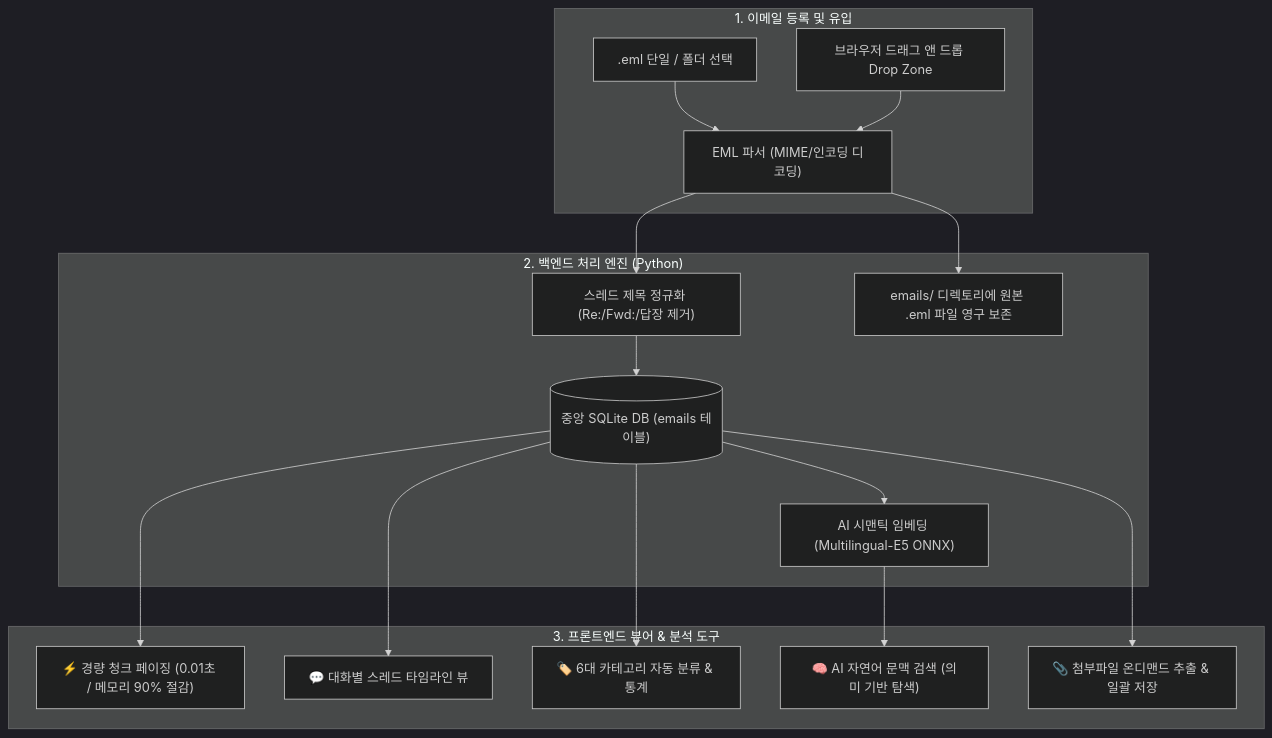
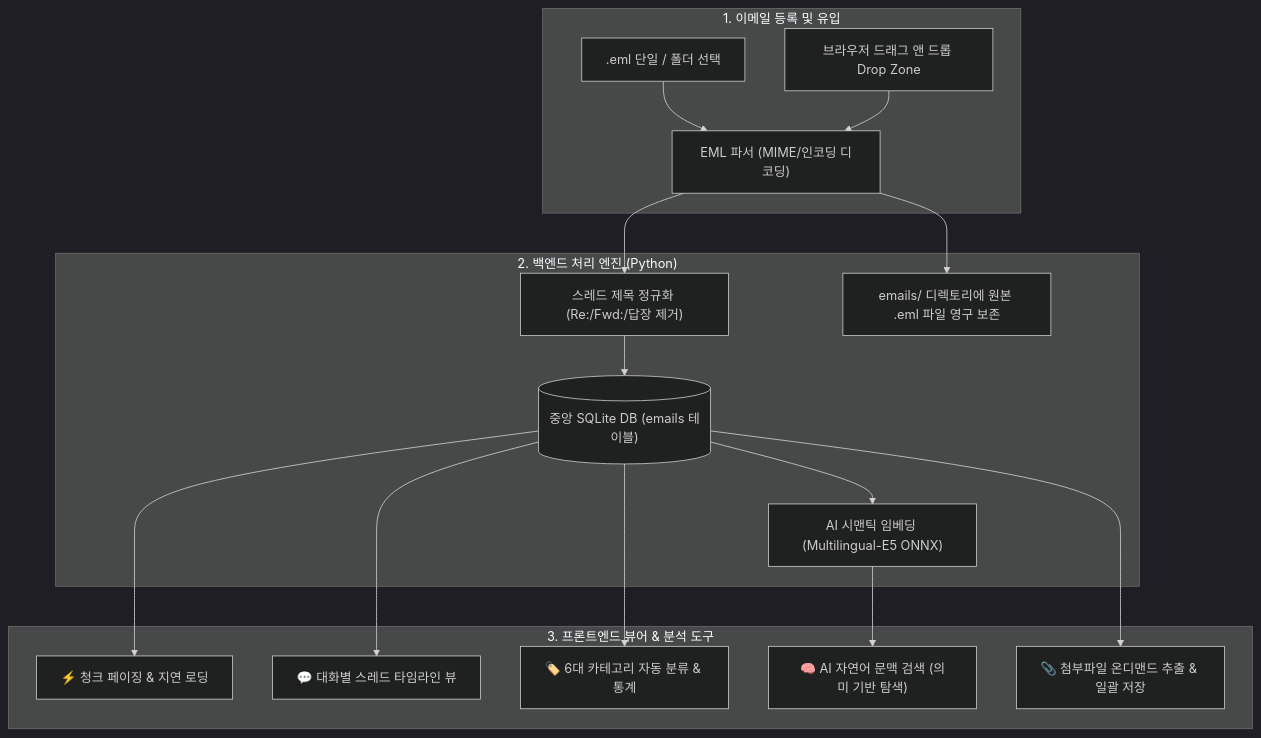
Before and after one commit to JudeRester/Util-Tools: the first of 2 diagrams in docs/EMAIL_ARCHIVE.md, drawn with Mermaid (dark theme). The commit also changed other lines of this file and 8 other files, not shown here.

````diff
--- a/docs/EMAIL_ARCHIVE.md
+++ b/docs/EMAIL_ARCHIVE.md
@@ -9,22 +9,22 @@
 ```mermaid
 flowchart TD
     subgraph Ingest ["1. 이메일 등록 및 유입"]
         A1[".eml 단일 / 폴더 선택"] --> B["EML 파서 (MIME/인코딩 디코딩)"]
         A2["브라우저 드래그 앤 드롭 Drop Zone"] --> B
     end
 
     subgraph CoreEngine ["2. 백엔드 처리 엔진 (Python)"]
         B --> C["스레드 제목 정규화 (Re:/Fwd:/답장 제거)"]
         C --> D[("중앙 SQLite DB (emails 테이블)")]
         D --> E["AI 시맨틱 임베딩 (Multilingual-E5 ONNX)"]
         B --> F["emails/ 디렉토리에 원본 .eml 파일 영구 보존"]
     end
 
     subgraph UIViewer ["3. 프론트엔드 뷰어 & 분석 도구"]
-        D --> G["⚡ 경량 청크 페이징 (0.01초 / 메모리 90% 절감)"]
+        D --> G["⚡ 청크 페이징 & 지연 로딩"]
         D --> H["💬 대화별 스레드 타임라인 뷰"]
         D --> I["🏷️ 6대 카테고리 자동 분류 & 통계"]
         E --> J["🧠 AI 자연어 문맥 검색 (의미 기반 탐색)"]
         D --> K["📎 첨부파일 온디맨드 추출 & 일괄 저장"]
     end
 ```
````
